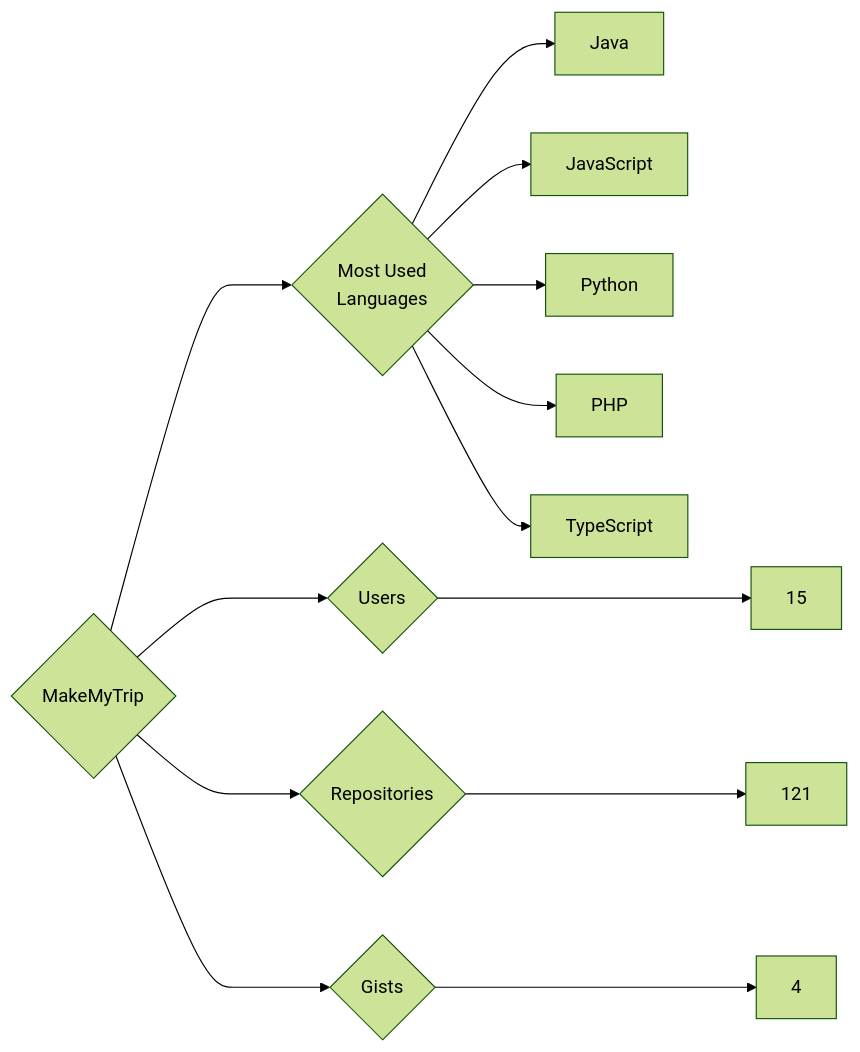
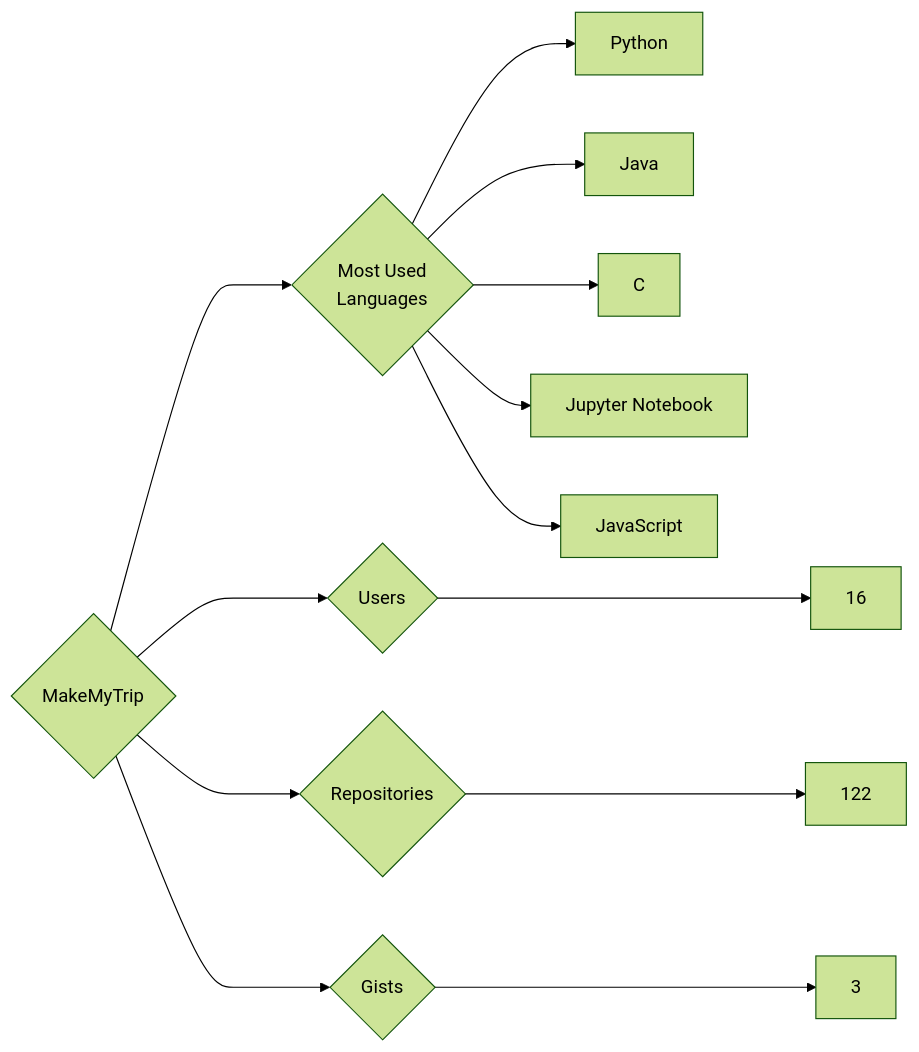
One commit to trickest/insiders changed the diagram in targets/MakeMyTrip/README.md. Above: the diagram before and after it, drawn with Mermaid (forest theme). The commit also changed 1484 other files, not shown here.

````diff
--- a/targets/MakeMyTrip/README.md
+++ b/targets/MakeMyTrip/README.md
@@ -3,13 +3,13 @@
 ```mermaid
 graph LR
 COMPANY_NAME{MakeMyTrip}
-COMPANY_NAME ---> U{Users} ---> UN[15]
-COMPANY_NAME ---> R{Repositories} ---> RN[121]
-COMPANY_NAME ---> G{Gists} ---> GN[4]
+COMPANY_NAME ---> U{Users} ---> UN[16]
+COMPANY_NAME ---> R{Repositories} ---> RN[122]
+COMPANY_NAME ---> G{Gists} ---> GN[3]
 COMPANY_NAME ---> ML{Most Used<br>Languages}
+ML --> Python[Python]
 ML --> Java[Java]
+ML --> C[C]
+ML --> Jupyter_Notebook[Jupyter Notebook]
 ML --> JavaScript[JavaScript]
-ML --> Python[Python]
-ML --> PHP[PHP]
-ML --> TypeScript[TypeScript]
 ```
````
